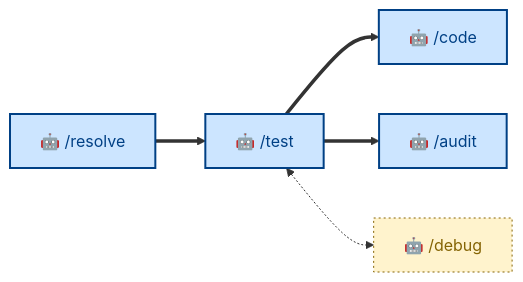
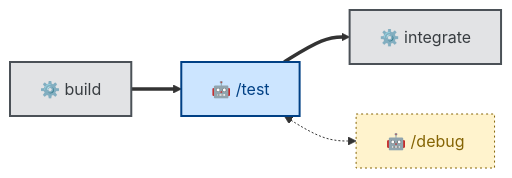
The diagram in skills/test/README.md (kieranpotts/skills), drawn with Mermaid before and after one commit. The commit also changed other lines of this file and 25 other files, not shown here.

````diff
--- a/skills/test/README.md
+++ b/skills/test/README.md
@@ -11,16 +13,15 @@
 ```mermaid
 flowchart LR
-  resolve["🤖 /resolve"]:::primary
+  build["⚙️ build"]:::scripted
   test["🤖 /test"]:::primary
-  code["🤖 /code"]:::primary
-  audit["🤖 /audit"]:::primary
+  integrate["⚙️ integrate"]:::scripted
   debug["🤖 /debug"]:::tertiary
 
-  resolve ==> test
-  test ==> code
-  test ==> audit
+  build ==> test
+  test ==> integrate
   test <-.-> debug
 
   classDef primary fill:#cce5ff,stroke:#004085,color:#004085,stroke-width:2px
   classDef tertiary fill:#fff3cd,stroke:#856404,color:#856404,stroke-width:1px,stroke-dasharray:2 3
+  classDef scripted fill:#e2e3e5,stroke:#4b5157,color:#383d41,stroke-width:2px
 ```
````
